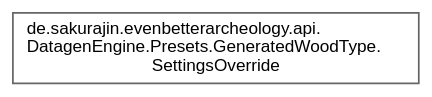
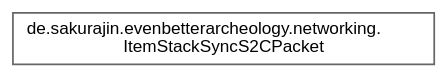
One commit to noah1510/EvenBetterArcheology changed the diagram in inherit_graph_15.dot. Above: the diagram before and after it, drawn with Graphviz. The commit also changed 425 other files, not shown here.

```diff
--- a/inherit_graph_15.dot
+++ b/inherit_graph_15.dot
@@ -1,9 +1,9 @@
 digraph "Graphical Class Hierarchy"
 {
  // LATEX_PDF_SIZE
   bgcolor="transparent";
   edge [fontname=Helvetica,fontsize=10,labelfontname=Helvetica,labelfontsize=10];
   node [fontname=Helvetica,fontsize=10,shape=box,height=0.2,width=0.4];
   rankdir="LR";
-  Node0 [label="de.sakurajin.evenbetterarcheology.api.\lDatagenEngine.Presets.GeneratedWoodType.\lSettingsOverride",height=0.2,width=0.4,color="grey40", fillcolor="white", style="filled",URL="$interfacede_1_1sakurajin_1_1evenbetterarcheology_1_1api_1_1DatagenEngine_1_1Presets_1_1GeneratedWoodType_1_1SettingsOverride.html",tooltip=" "];
+  Node0 [label="de.sakurajin.evenbetterarcheology.networking.\lItemStackSyncS2CPacket",height=0.2,width=0.4,color="grey40", fillcolor="white", style="filled",URL="$classde_1_1sakurajin_1_1evenbetterarcheology_1_1networking_1_1ItemStackSyncS2CPacket.html",tooltip=" "];
 }
```
